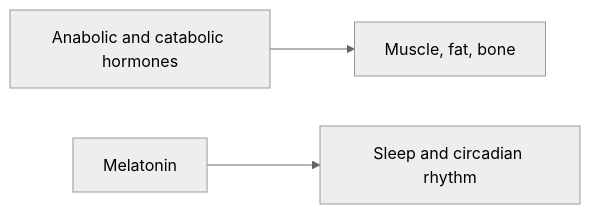
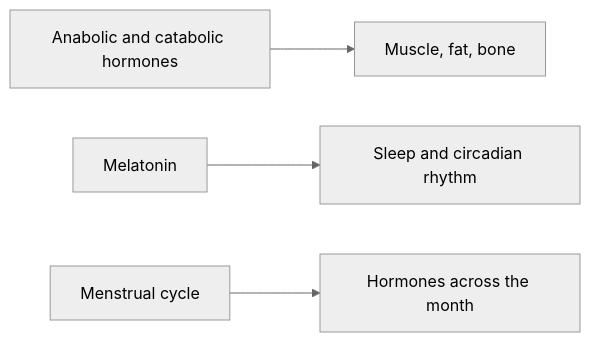
The diagram in applied-sciences/medicine-and-health/physiology/endocrine/README.md (rinkachi9/alexandrian-library), drawn with Mermaid (neutral theme) before and after one commit. The commit also changed other lines of this file and 190 other files, not shown here.

````diff
--- a/applied-sciences/medicine-and-health/physiology/endocrine/README.md
+++ b/applied-sciences/medicine-and-health/physiology/endocrine/README.md
@@ -7,5 +7,6 @@
 ```mermaid
 flowchart LR
   ACH["Anabolic and catabolic hormones"] --> MUS["Muscle, fat, bone"]
   MEL["Melatonin"] --> SLP["Sleep and circadian rhythm"]
+  MC["Menstrual cycle"] --> HOR["Hormones across the month"]
 ```
````
